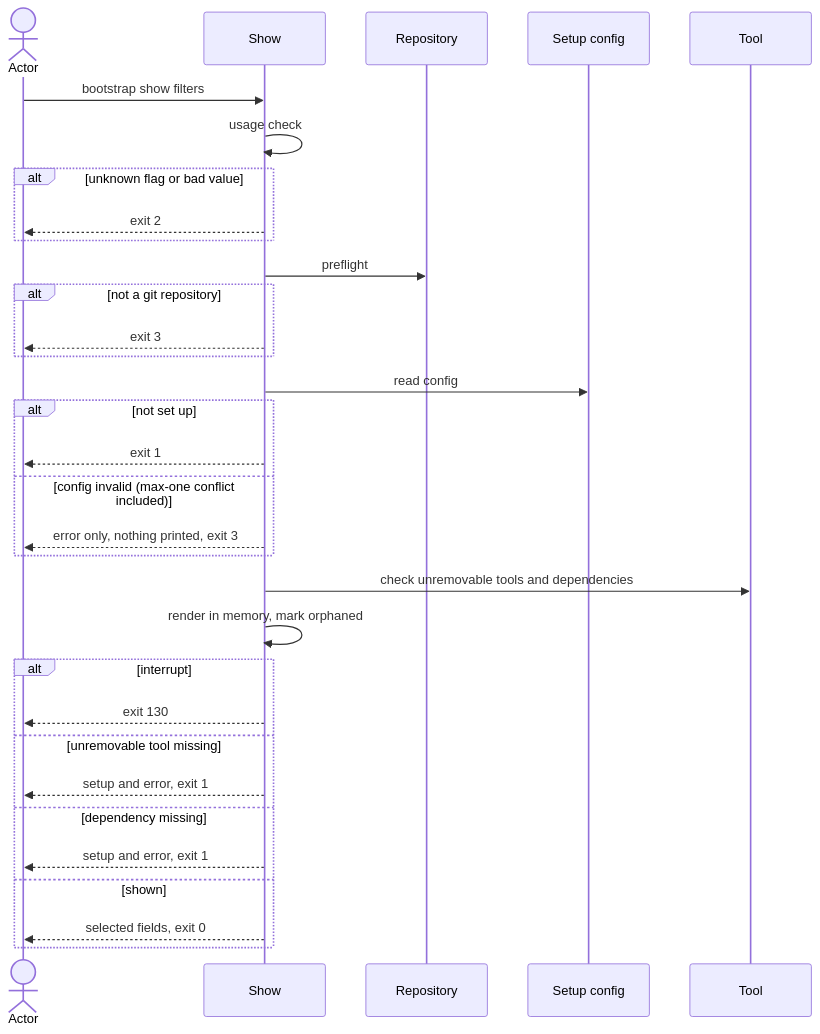
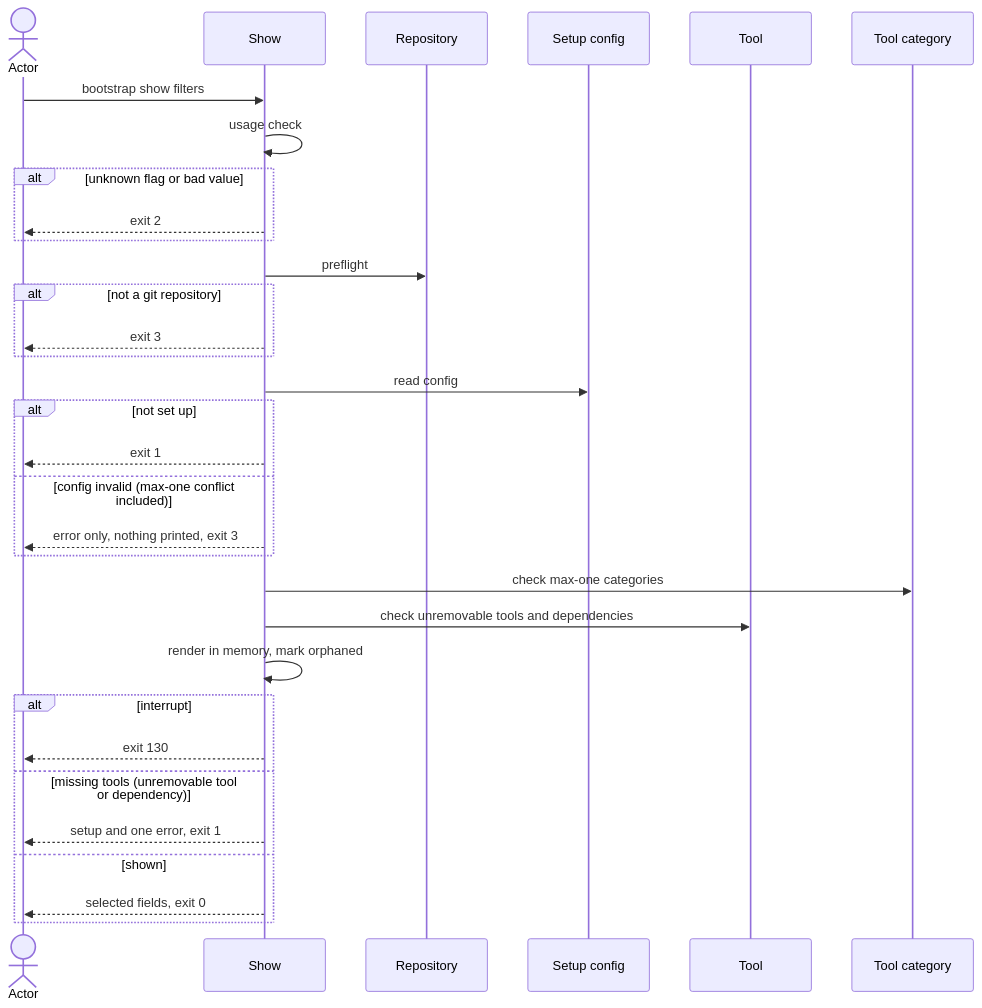
The diagram in docs/blueprint/flows/cli/170-show-setup/index.md (virajp/bootstrap), drawn with Mermaid before and after one commit. The commit also changed other lines of this file and 15 other files, not shown here.

````diff
--- a/docs/blueprint/flows/cli/170-show-setup/index.md
+++ b/docs/blueprint/flows/cli/170-show-setup/index.md
@@ -122,34 +128,34 @@
 ```mermaid
 sequenceDiagram
     actor O as Actor
     participant S as Show
     participant R as Repository
     participant C as Setup config
     participant G as Tool
+    participant K as Tool category
     O->>S: bootstrap show filters
     S->>S: usage check
     alt unknown flag or bad value
         S-->>O: exit 2
     end
     S->>R: preflight
     alt not a git repository
         S-->>O: exit 3
     end
     S->>C: read config
     alt not set up
         S-->>O: exit 1
     else config invalid (max-one conflict included)
         S-->>O: error only, nothing printed, exit 3
     end
+    S->>K: check max-one categories
     S->>G: check unremovable tools and dependencies
     S->>S: render in memory, mark orphaned
     alt interrupt
         S-->>O: exit 130
-    else unremovable tool missing
-        S-->>O: setup and error, exit 1
-    else dependency missing
-        S-->>O: setup and error, exit 1
+    else missing tools (unremovable tool or dependency)
+        S-->>O: setup and one error, exit 1
     else shown
         S-->>O: selected fields, exit 0
     end
 ```
````
